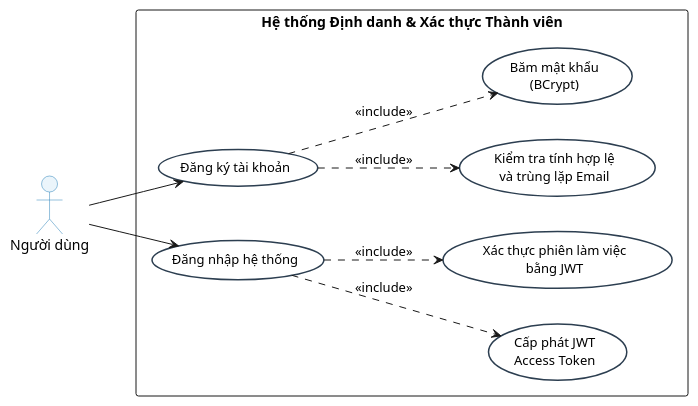
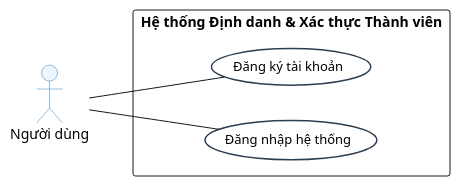
Before and after one commit to Phuc280106/BrewLite2: the diagram in docs/diagrams/auth/usecase-auth.puml, drawn with PlantUML. The commit also changed 14 other files, not shown here.

Commit message:
docs(diagrams): Hoàn thành diagram auth

```diff
--- a/docs/diagrams/auth/usecase-auth.puml
+++ b/docs/diagrams/auth/usecase-auth.puml
@@ -1,47 +1,35 @@
 @startuml
 left to right direction
 
 ' Cấu hình giao diện cho Use Case
 skinparam usecase {
     BackgroundColor #FFFFFF
     BorderColor #2C3E50
     BorderThickness 1.5
     FontSize 13
 }
 
 ' Cấu hình giao diện cho Actor
 skinparam actor {
     BackgroundColor #EBF5FB
     BorderColor #2980B9
 }
 
 ' Khai báo Actor bên ngoài hệ thống (bên trái)
 actor "Người dùng" as User
 
 ' Khai báo ranh giới hệ thống (System Boundary)
 rectangle "Hệ thống Định danh & Xác thực Thành viên" {
     ' --- Nhóm Use Case chính (ở trung tâm) ---
     usecase "Đăng ký tài khoản" as UC_Register
     usecase "Đăng nhập hệ thống" as UC_Login
 
-    ' --- Nhóm Use Case phụ bắt buộc thực hiện (<<include>> đặt bên phải) ---
-    usecase "Kiểm tra tính hợp lệ\nvà trùng lặp Email" as UC_ValidateEmail
-    usecase "Băm mật khẩu\n(BCrypt)" as UC_HashPassword
-    usecase "Cấp phát JWT\nAccess Token" as UC_IssueJWT
-    usecase "Xác thực phiên làm việc\nbằng JWT" as UC_VerifyJWT
 }
 
 ' --- Quan hệ giữa Actor và các Use Case chính ---
-User --> UC_Register
-User --> UC_Login
+User -- UC_Register
+User -- UC_Login
 
-' --- Quan hệ <<include>> của chức năng Đăng ký ---
-UC_Register ..> UC_ValidateEmail : <<include>>
-UC_Register ..> UC_HashPassword : <<include>>
-
-' --- Quan hệ <<include>> của chức năng Đăng nhập ---
-UC_Login ..> UC_IssueJWT : <<include>>
-UC_Login ..> UC_VerifyJWT : <<include>>
 
 
 @enduml
```
